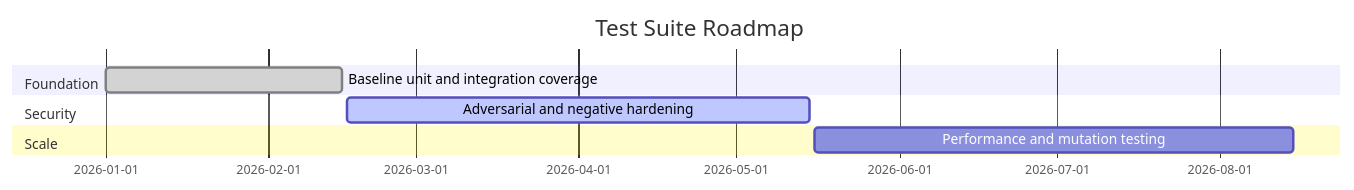
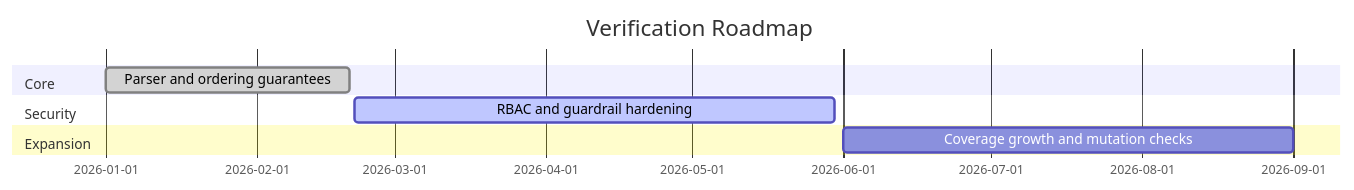
Before and after one commit to hkevin01/java-to-python-test-suite: the sixth of 6 diagrams in README.md, drawn with Mermaid. The commit also changed other lines of this file, not shown here.

````diff
--- a/README.md
+++ b/README.md
@@ -211,11 +344,11 @@
 ```mermaid
 gantt
-  title Test Suite Roadmap
+  title Verification Roadmap
   dateFormat  YYYY-MM-DD
-  section Foundation
-  Baseline unit and integration coverage   :done, a1, 2026-01-01, 2026-02-15
+  section Core
+  Parser and ordering guarantees            :done, r1, 2026-01-01, 2026-02-20
   section Security
-  Adversarial and negative hardening       :active, a2, 2026-02-16, 2026-05-15
-  section Scale
-  Performance and mutation testing         :a3, 2026-05-16, 2026-08-15
+  RBAC and guardrail hardening              :active, r2, 2026-02-21, 2026-05-30
+  section Expansion
+  Coverage growth and mutation checks       :r3, 2026-06-01, 2026-09-01
 ```
````
